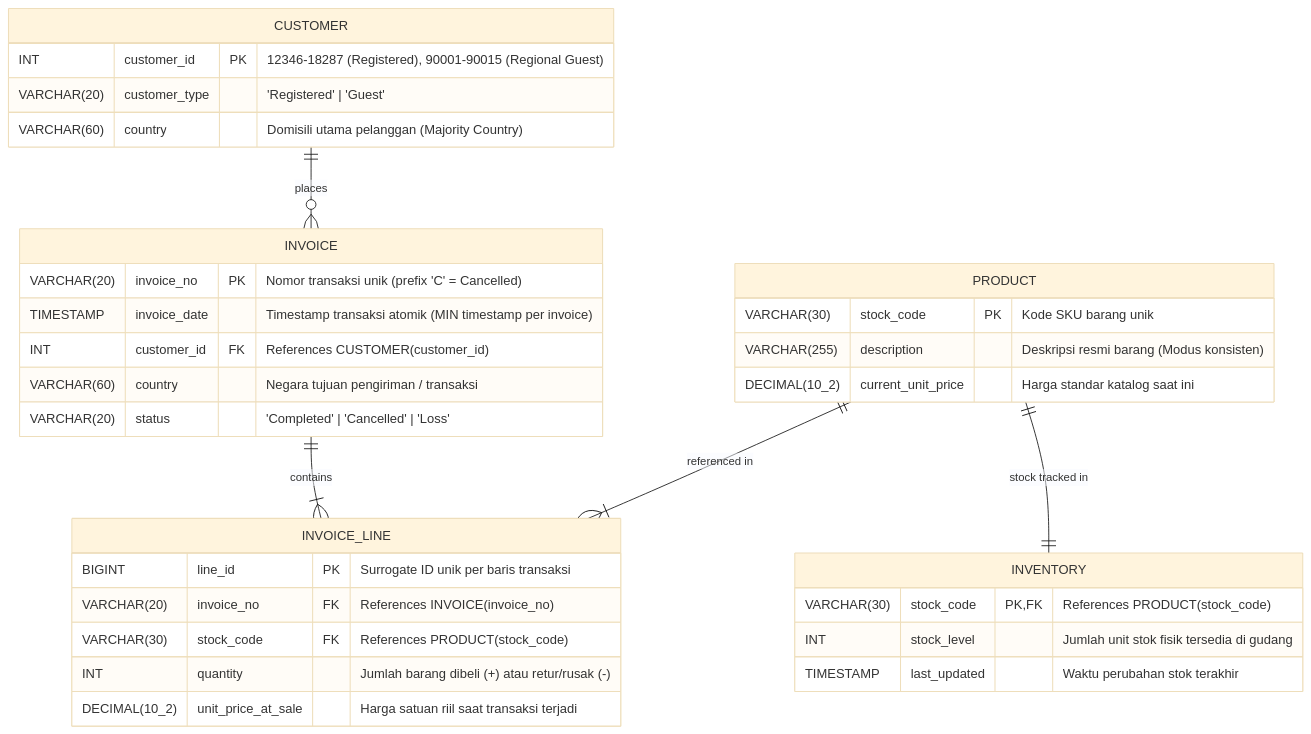
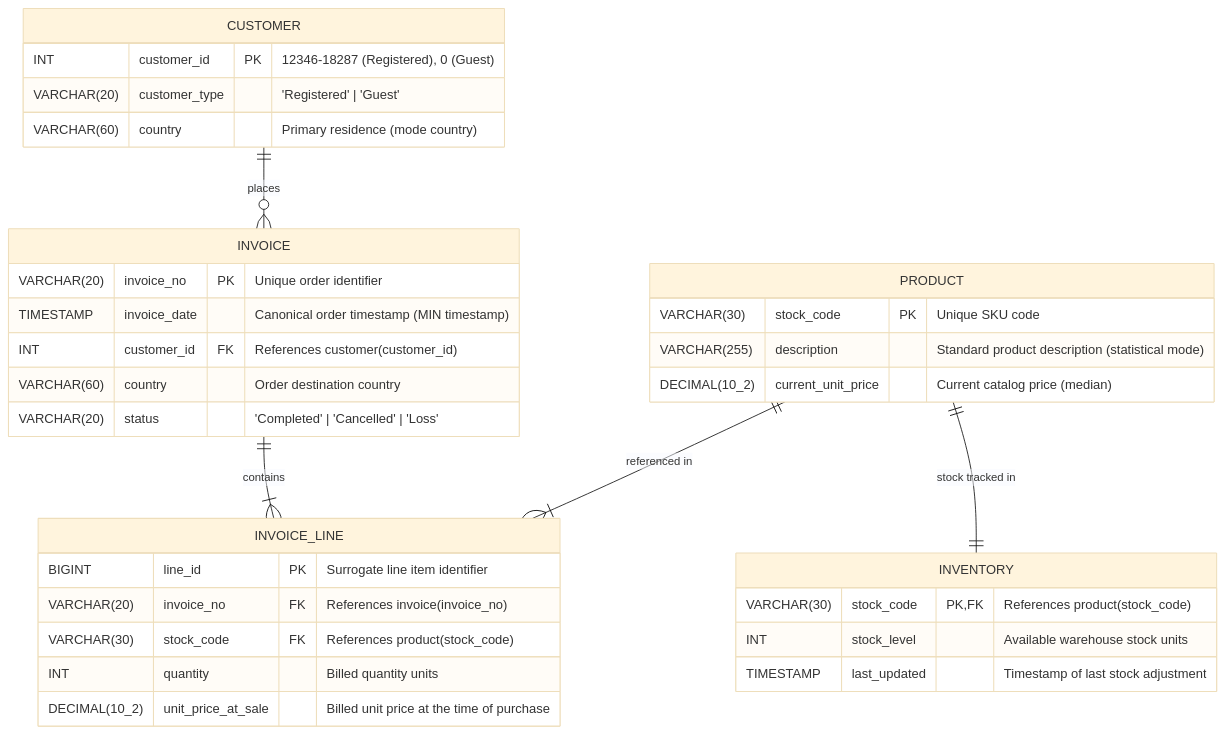
One commit to geraldmartadinata/aol-kodes-retail changed the diagram in docs/ERD.md. Above: the diagram before and after it, drawn with Mermaid (base theme). The commit also changed other lines of this file and 11 other files, not shown here.

````diff
--- a/docs/ERD.md
+++ b/docs/ERD.md
@@ -13,41 +11,41 @@
 ```mermaid
 erDiagram
     CUSTOMER ||--o{ INVOICE : places
     INVOICE ||--|{ INVOICE_LINE : contains
     PRODUCT ||--|{ INVOICE_LINE : "referenced in"
     PRODUCT ||--|| INVENTORY : "stock tracked in"
 
     CUSTOMER {
-        INT customer_id PK "12346-18287 (Registered), 90001-90015 (Regional Guest)"
+        INT customer_id PK "12346-18287 (Registered), 0 (Guest)"
         VARCHAR(20) customer_type "'Registered' | 'Guest'"
-        VARCHAR(60) country "Domisili utama pelanggan (Majority Country)"
+        VARCHAR(60) country "Primary residence (mode country)"
     }
 
     INVOICE {
-        VARCHAR(20) invoice_no PK "Nomor transaksi unik (prefix 'C' = Cancelled)"
-        TIMESTAMP invoice_date "Timestamp transaksi atomik (MIN timestamp per invoice)"
-        INT customer_id FK "References CUSTOMER(customer_id)"
-        VARCHAR(60) country "Negara tujuan pengiriman / transaksi"
+        VARCHAR(20) invoice_no PK "Unique order identifier"
+        TIMESTAMP invoice_date "Canonical order timestamp (MIN timestamp)"
+        INT customer_id FK "References customer(customer_id)"
+        VARCHAR(60) country "Order destination country"
         VARCHAR(20) status "'Completed' | 'Cancelled' | 'Loss'"
     }
 
     PRODUCT {
-        VARCHAR(30) stock_code PK "Kode SKU barang unik"
-        VARCHAR(255) description "Deskripsi resmi barang (Modus konsisten)"
-        DECIMAL(10_2) current_unit_price "Harga standar katalog saat ini"
+        VARCHAR(30) stock_code PK "Unique SKU code"
+        VARCHAR(255) description "Standard product description (statistical mode)"
+        DECIMAL(10_2) current_unit_price "Current catalog price (median)"
     }
 
     INVENTORY {
-        VARCHAR(30) stock_code PK, FK "References PRODUCT(stock_code)"
-        INT stock_level "Jumlah unit stok fisik tersedia di gudang"
-        TIMESTAMP last_updated "Waktu perubahan stok terakhir"
+        VARCHAR(30) stock_code PK, FK "References product(stock_code)"
+        INT stock_level "Available warehouse stock units"
+        TIMESTAMP last_updated "Timestamp of last stock adjustment"
     }
 
     INVOICE_LINE {
-        BIGINT line_id PK "Surrogate ID unik per baris transaksi"
-        VARCHAR(20) invoice_no FK "References INVOICE(invoice_no)"
-        VARCHAR(30) stock_code FK "References PRODUCT(stock_code)"
-        INT quantity "Jumlah barang dibeli (+) atau retur/rusak (-)"
-        DECIMAL(10_2) unit_price_at_sale "Harga satuan riil saat transaksi terjadi"
+        BIGINT line_id PK "Surrogate line item identifier"
+        VARCHAR(20) invoice_no FK "References invoice(invoice_no)"
+        VARCHAR(30) stock_code FK "References product(stock_code)"
+        INT quantity "Billed quantity units"
+        DECIMAL(10_2) unit_price_at_sale "Billed unit price at the time of purchase"
     }
 ```
````
